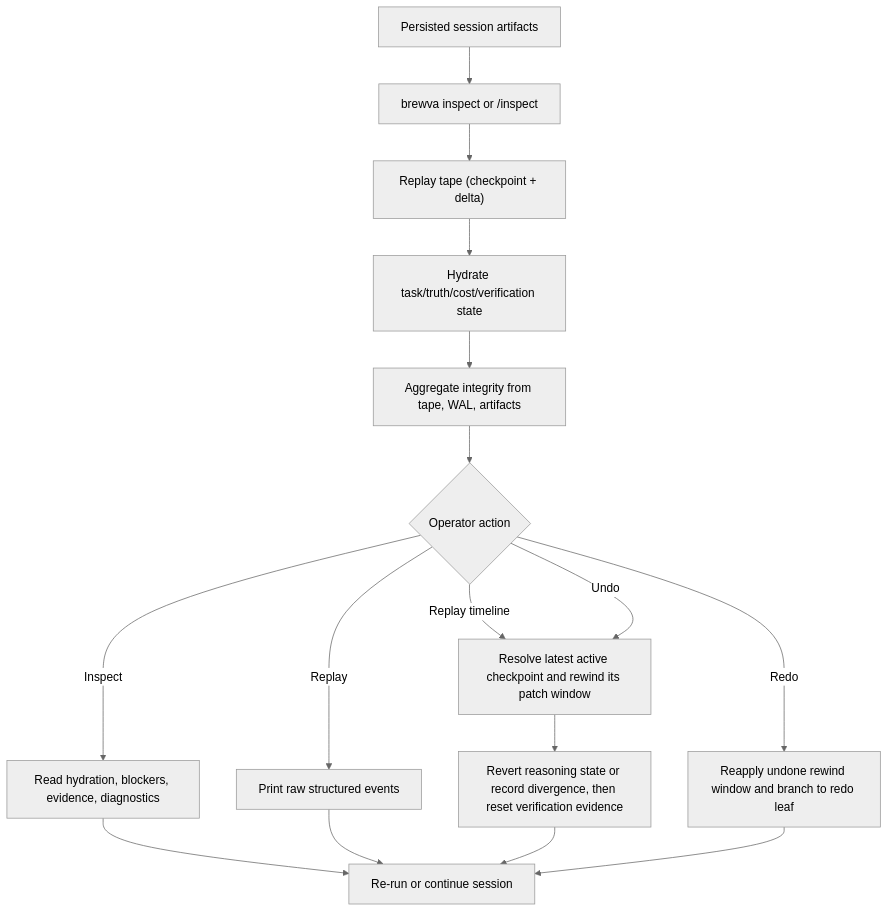
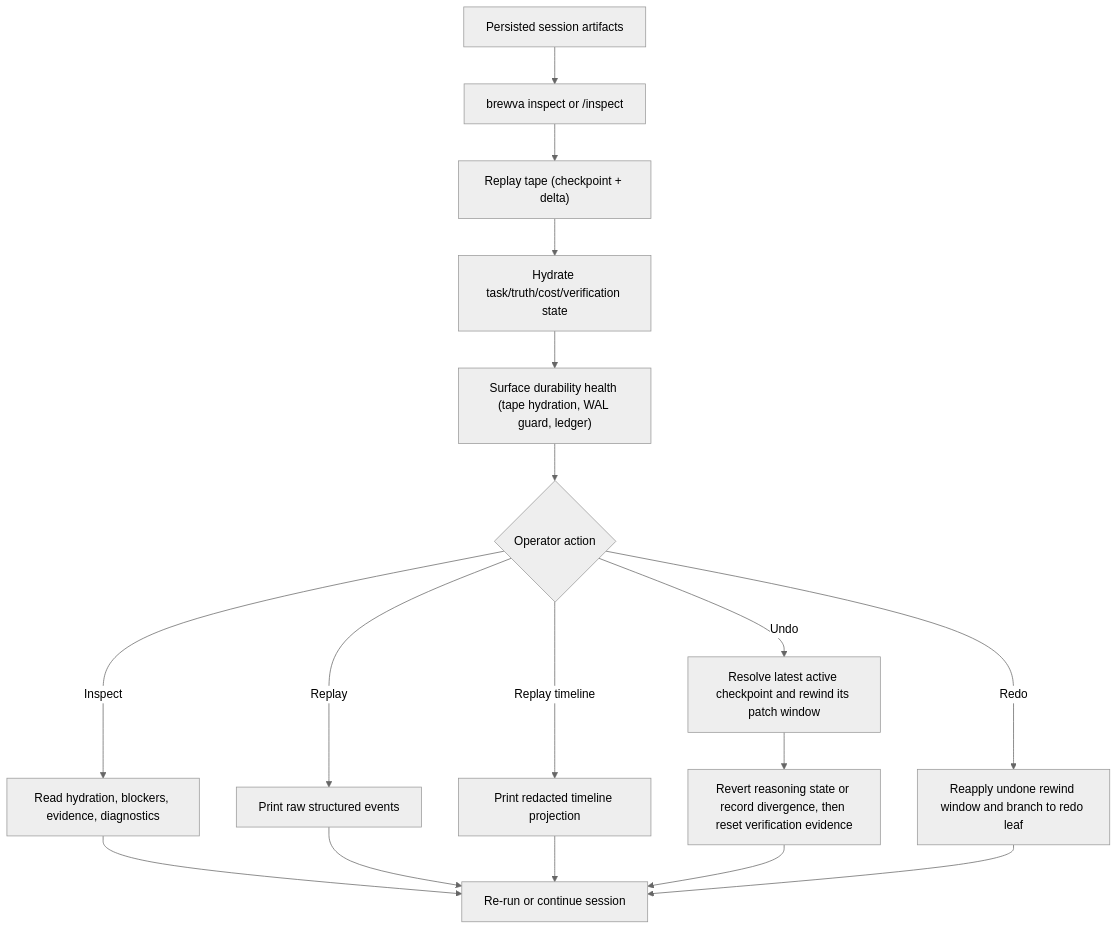
The diagram in docs/journeys/operator/inspect-replay-and-recovery.md (arcthur/brewva), drawn with Mermaid (neutral theme) before and after one commit. The commit also changed other lines of this file and 121 other files, not shown here.

````diff
--- a/docs/journeys/operator/inspect-replay-and-recovery.md
+++ b/docs/journeys/operator/inspect-replay-and-recovery.md
@@ -59,18 +60,19 @@
 ```mermaid
 flowchart TD
   A["Persisted session artifacts"] --> B["brewva inspect or /inspect"]
   B --> C["Replay tape (checkpoint + delta)"]
   C --> D["Hydrate task/truth/cost/verification state"]
-  D --> E["Aggregate integrity from tape, WAL, artifacts"]
+  D --> E["Surface durability health (tape hydration, WAL guard, ledger)"]
   E --> F{"Operator action"}
   F -->|Inspect| G["Read hydration, blockers, evidence, diagnostics"]
   F -->|Replay| H["Print raw structured events"]
-  F -->|Replay timeline| I["Print redacted timeline projection"]
-  F -->|Undo| I["Resolve latest active checkpoint and rewind its patch window"]
-  I --> J["Revert reasoning state or record divergence, then reset verification evidence"]
+  F -->|Replay timeline| T["Print redacted timeline projection"]
+  F -->|Undo| U["Resolve latest active checkpoint and rewind its patch window"]
+  U --> J["Revert reasoning state or record divergence, then reset verification evidence"]
   F -->|Redo| L["Reapply undone rewind window and branch to redo leaf"]
   G --> K["Re-run or continue session"]
   H --> K
+  T --> K
   J --> K
   L --> K
 ```
````
